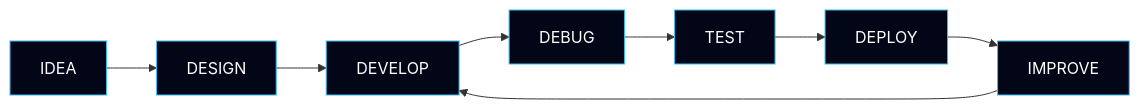
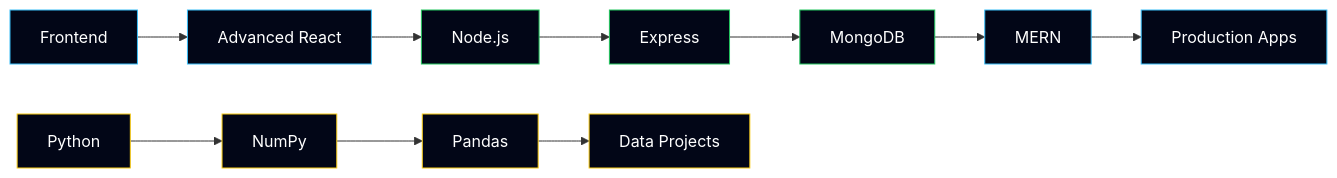
Before and after one commit to Faizan-khan144/Faizan-khan144: the diagram in README.md, drawn with Mermaid. The commit also changed other lines of this file, not shown here.

````diff
--- a/README.md
+++ b/README.md
@@ -219,20 +300,26 @@
 ```mermaid
 flowchart LR
 
-A["IDEA"] --> B["DESIGN"]
-B --> C["DEVELOP"]
-C --> D["DEBUG"]
-D --> E["TEST"]
-E --> F["DEPLOY"]
-F --> G["IMPROVE"]
+A["Frontend"] --> B["Advanced React"]
+B --> C["Node.js"]
+C --> D["Express"]
+D --> E["MongoDB"]
+E --> F["MERN"]
+F --> G["Production Apps"]
 
-G --> C
+H["Python"] --> I["NumPy"]
+I --> J["Pandas"]
+J --> K["Data Projects"]
 
 style A fill:#020617,stroke:#38BDF8,color:#FFFFFF
 style B fill:#020617,stroke:#38BDF8,color:#FFFFFF
-style C fill:#020617,stroke:#38BDF8,color:#FFFFFF
-style D fill:#020617,stroke:#38BDF8,color:#FFFFFF
-style E fill:#020617,stroke:#38BDF8,color:#FFFFFF
+style C fill:#020617,stroke:#22C55E,color:#FFFFFF
+style D fill:#020617,stroke:#22C55E,color:#FFFFFF
+style E fill:#020617,stroke:#22C55E,color:#FFFFFF
 style F fill:#020617,stroke:#38BDF8,color:#FFFFFF
 style G fill:#020617,stroke:#38BDF8,color:#FFFFFF
+style H fill:#020617,stroke:#FACC15,color:#FFFFFF
+style I fill:#020617,stroke:#FACC15,color:#FFFFFF
+style J fill:#020617,stroke:#FACC15,color:#FFFFFF
+style K fill:#020617,stroke:#FACC15,color:#FFFFFF
 ```
````
